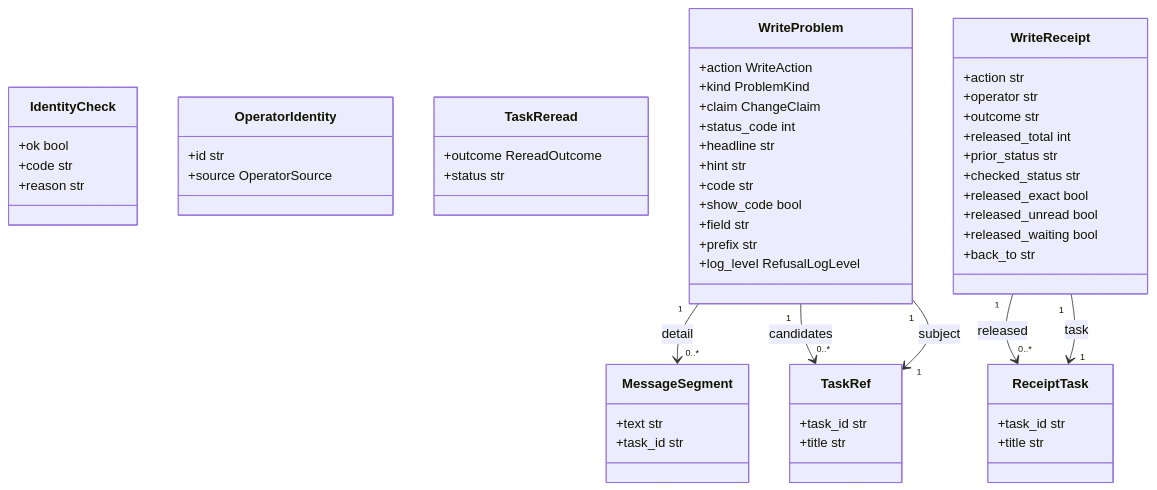
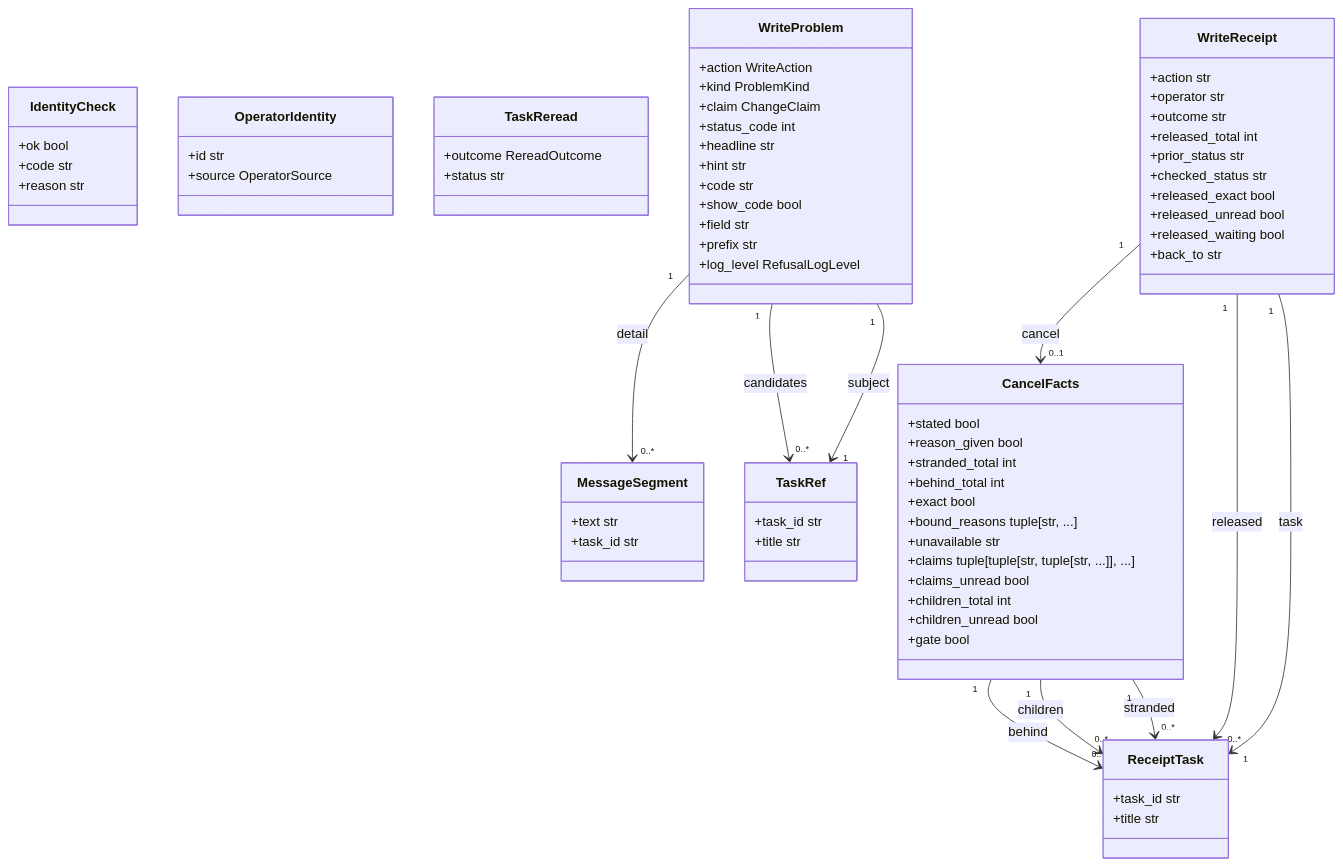
The eighth of 8 diagrams in docs/generated/domain_model.md (agent-lore/lithos-lens), drawn with Mermaid before and after one commit. The commit also changed other lines of this file and 25 other files, not shown here.

First line of the commit message:
T3-W6: Consequence-aware cancel — what it strands, whose claims it releases, stated before (#113)

````diff
--- a/docs/generated/domain_model.md
+++ b/docs/generated/domain_model.md
@@ -736,58 +756,76 @@
 ```mermaid
 classDiagram
+  class CancelFacts {
+    +stated bool
+    +reason_given bool
+    +stranded_total int
+    +behind_total int
+    +exact bool
+    +bound_reasons tuple[str, ...]
+    +unavailable str
+    +claims tuple[tuple[str, tuple[str, ...]], ...]
+    +claims_unread bool
+    +children_total int
+    +children_unread bool
+    +gate bool
+  }
   class IdentityCheck {
     +ok bool
     +code str
     +reason str
   }
   class MessageSegment {
     +text str
     +task_id str
   }
   class OperatorIdentity {
     +id str
     +source OperatorSource
   }
   class ReceiptTask {
     +task_id str
     +title str
   }
   class TaskRef {
     +task_id str
     +title str
   }
   class TaskReread {
     +outcome RereadOutcome
     +status str
   }
   class WriteProblem {
     +action WriteAction
     +kind ProblemKind
     +claim ChangeClaim
     +status_code int
     +headline str
     +hint str
     +code str
     +show_code bool
     +field str
     +prefix str
     +log_level RefusalLogLevel
   }
   class WriteReceipt {
     +action str
     +operator str
     +outcome str
     +released_total int
     +prior_status str
     +checked_status str
     +released_exact bool
     +released_unread bool
     +released_waiting bool
     +back_to str
   }
+  CancelFacts "1" --> "0..*" ReceiptTask : behind
+  CancelFacts "1" --> "0..*" ReceiptTask : children
+  CancelFacts "1" --> "0..*" ReceiptTask : stranded
   WriteProblem "1" --> "0..*" MessageSegment : detail
   WriteProblem "1" --> "0..*" TaskRef : candidates
   WriteProblem "1" --> "1" TaskRef : subject
+  WriteReceipt "1" --> "0..1" CancelFacts : cancel
   WriteReceipt "1" --> "0..*" ReceiptTask : released
   WriteReceipt "1" --> "1" ReceiptTask : task
 ```
````
